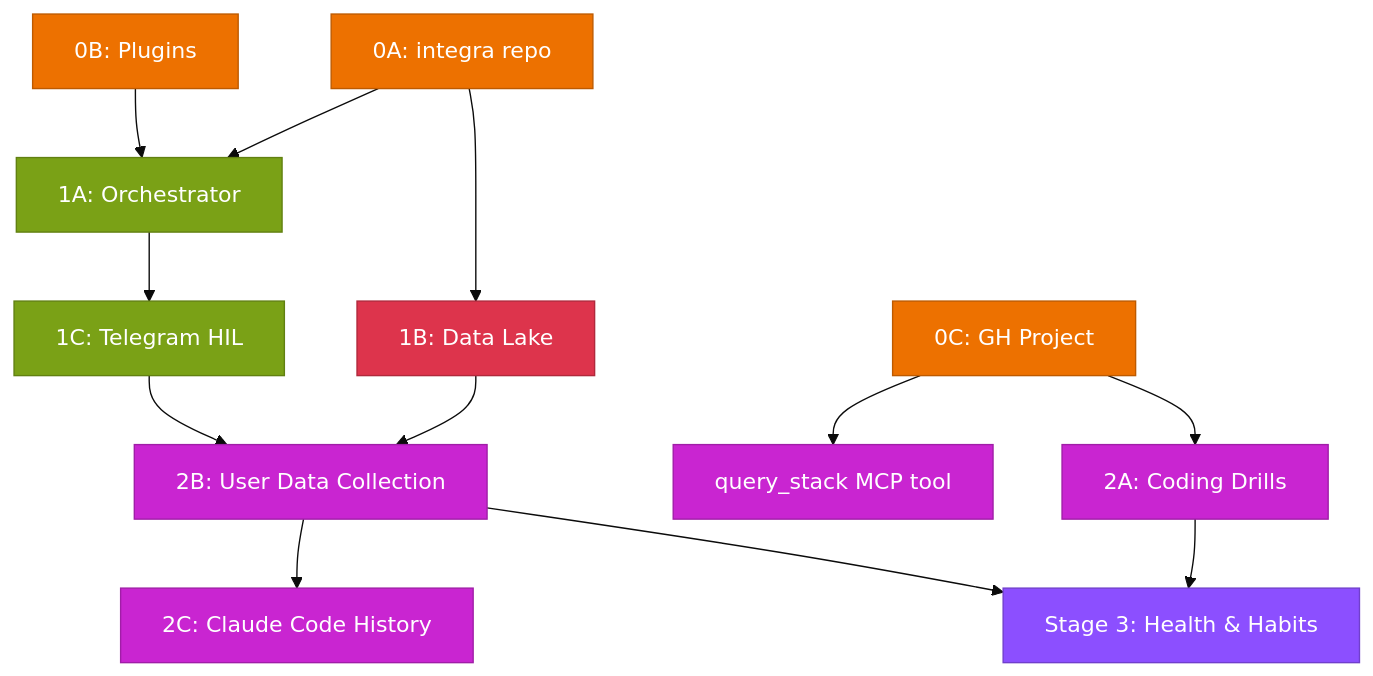
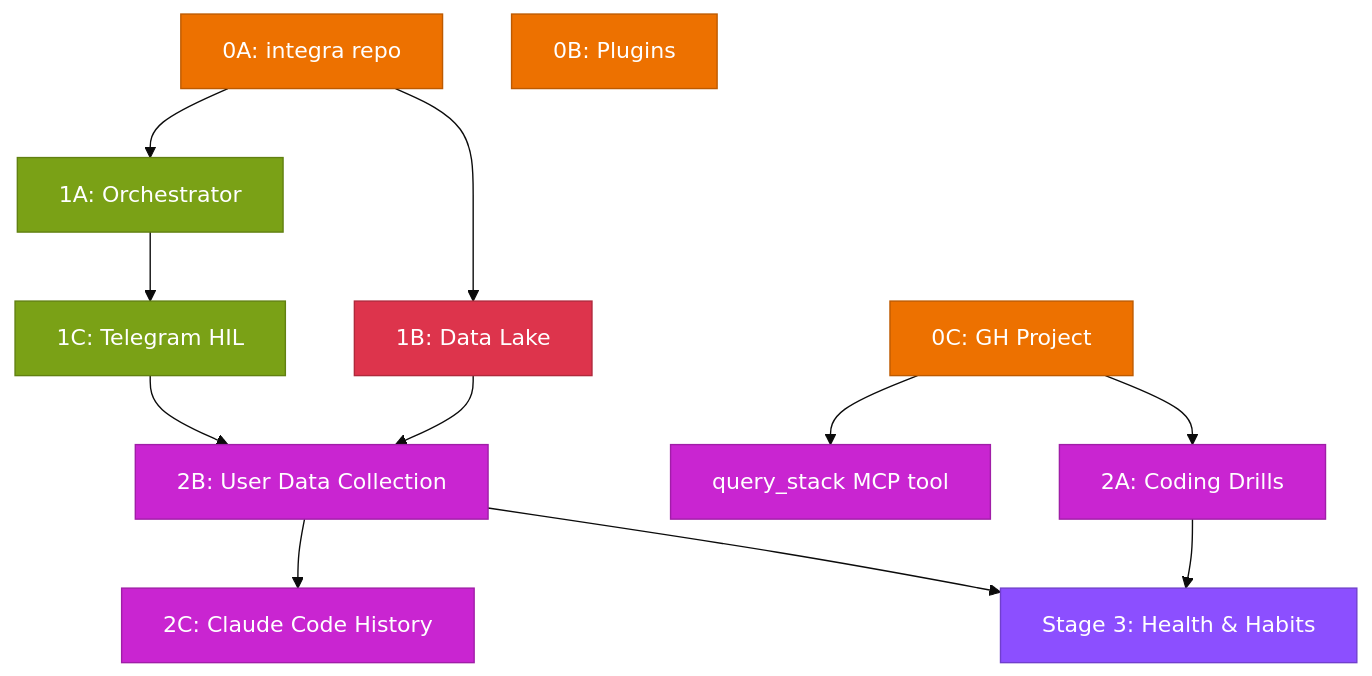
Before and after one commit to bprzybysz/integra: the fourth of 4 diagrams in ROADMAP.md, drawn with Mermaid (base theme). The commit also changed other lines of this file and 3 other files, not shown here.

First line of the commit message:
feat: YouTube KB extraction + ROADMAP.md integrity overhaul

````diff
--- a/ROADMAP.md
+++ b/ROADMAP.md
@@ -363,29 +365,29 @@
 ```mermaid
 graph TB
     S0A[0A: integra repo] --> S1A[1A: Orchestrator]
     S0A --> S1B[1B: Data Lake]
-    S0B[0B: Plugins] --> S1A
+    S0B[0B: Plugins]
     S0C[0C: GH Project] --> S2A[2A: Coding Drills]
     S0C --> SQS[query_stack MCP tool]
 
     S1A --> S1C[1C: Telegram HIL]
     S1B --> S2B[2B: User Data Collection]
     S1C --> S2B
 
     S2B --> S2C[2C: Claude Code History]
     S2A --> S3[Stage 3: Health & Habits]
     S2B --> S3
 
 
     style S0A fill:#ED7100,color:#fff,stroke:#BD5A00,stroke-width:1px
     style S0B fill:#ED7100,color:#fff,stroke:#BD5A00,stroke-width:1px
     style S0C fill:#ED7100,color:#fff,stroke:#BD5A00,stroke-width:1px
     style S1A fill:#7AA116,color:#fff,stroke:#618011,stroke-width:1px
     style S1B fill:#DD344C,color:#fff,stroke:#B0293C,stroke-width:1px
     style S1C fill:#7AA116,color:#fff,stroke:#618011,stroke-width:1px
     style S2A fill:#C925D1,color:#fff,stroke:#A01EA7,stroke-width:1px
     style S2B fill:#C925D1,color:#fff,stroke:#A01EA7,stroke-width:1px
     style S2C fill:#C925D1,color:#fff,stroke:#A01EA7,stroke-width:1px
     style SQS fill:#C925D1,color:#fff,stroke:#A01EA7,stroke-width:1px
     style S3 fill:#8C4FFF,color:#fff,stroke:#703FCC,stroke-width:1px
 ```
````
